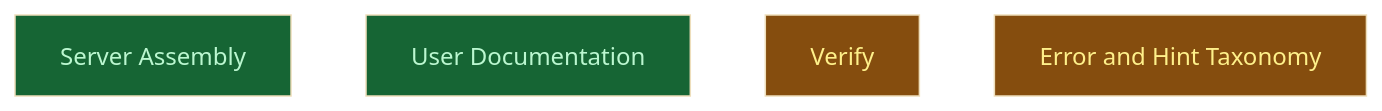
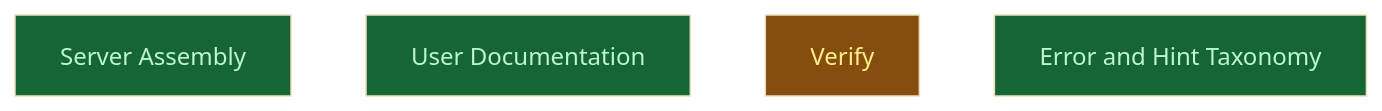
The diagram in __roadmap__/colgrep_mcp/build/tools/integrate/README.md (CrackingShells/colgrep-mcp), drawn with Mermaid (base theme) before and after one commit. The commit also changed other lines of this file and 1 other file, not shown here.

Commit message:
docs(roadmap): mark integrate leaves done

````diff
--- a/__roadmap__/colgrep_mcp/build/tools/integrate/README.md
+++ b/__roadmap__/colgrep_mcp/build/tools/integrate/README.md
@@ -18,12 +18,12 @@
 ```mermaid
 graph TD
     server_assembly[Server Assembly]:::done
     docs_readme[User Documentation]:::done
     verify[Verify]:::inprogress
-    error_taxonomy[Error and Hint Taxonomy]:::inprogress
+    error_taxonomy[Error and Hint Taxonomy]:::done
     classDef done       fill:#166534,color:#bbf7d0
     classDef inprogress fill:#854d0e,color:#fef08a
     classDef planned    fill:#374151,color:#e5e7eb
     classDef amendment  fill:#1e3a5f,color:#bfdbfe
     classDef blocked    fill:#7f1d1d,color:#fecaca
 ```
````
